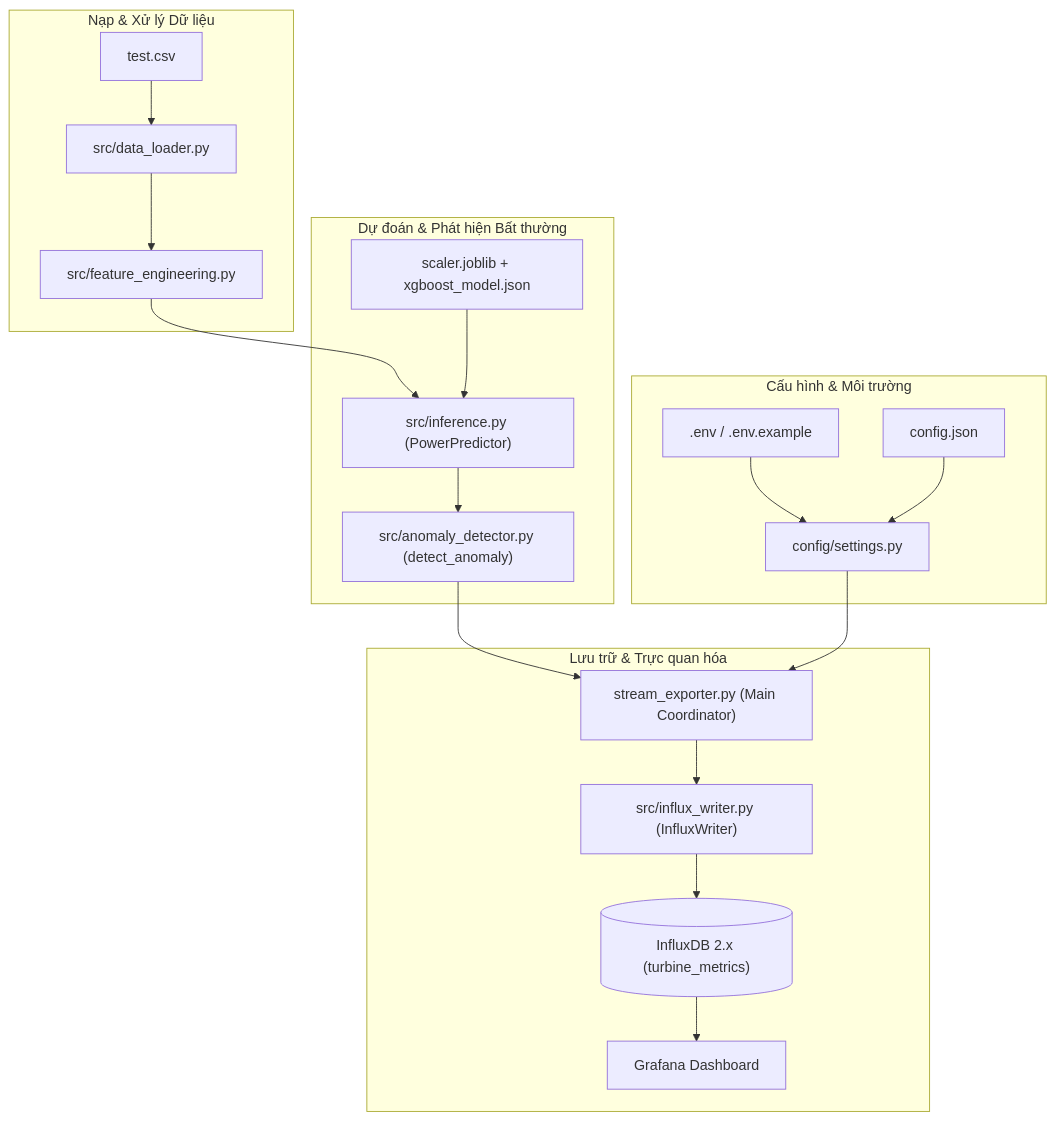
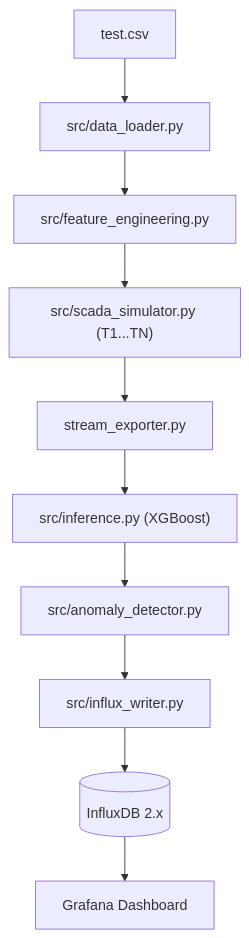
One commit to Huypham30d/SCDA_Edge changed the diagram in README.md. Above: the diagram before and after it, drawn with Mermaid. The commit also changed other lines of this file and 11 other files, not shown here.

Commit message:
feat: add multi-turbine SCADA simulator

````diff
--- a/README.md
+++ b/README.md
@@ -28,41 +48,12 @@
 ```mermaid
 flowchart TD
-    subgraph ConfigLayer [Cấu hình & Môi trường]
-        ENV[".env / .env.example"]
-        CFG["config.json"]
-        SETTINGS["config/settings.py"]
-        ENV --> SETTINGS
-        CFG --> SETTINGS
-    end
-
-    subgraph IngestionLayer [Nạp & Xử lý Dữ liệu]
-        CSV["test.csv"]
-        LOADER["src/data_loader.py"]
-        FEAT["src/feature_engineering.py"]
-        CSV --> LOADER
-        LOADER --> FEAT
-    end
-
-    subgraph InferenceLayer [Dự đoán & Phát hiện Bất thường]
-        MODEL_FILES["scaler.joblib + xgboost_model.json"]
-        INFER["src/inference.py (PowerPredictor)"]
-        DETECTOR["src/anomaly_detector.py (detect_anomaly)"]
-        FEAT --> INFER
-        MODEL_FILES --> INFER
-        INFER --> DETECTOR
-    end
-
-    subgraph ExportLayer [Lưu trữ & Trực quan hóa]
-        EXPORTER["stream_exporter.py (Main Coordinator)"]
-        WRITER["src/influx_writer.py (InfluxWriter)"]
-        INFLUX[("InfluxDB 2.x (turbine_metrics)")]
-        GRAFANA["Grafana Dashboard"]
-        
-        DETECTOR --> EXPORTER
-        EXPORTER --> WRITER
-        WRITER --> INFLUX
-        INFLUX --> GRAFANA
-    end
-
-    SETTINGS --> EXPORTER
+    CSV["test.csv"] --> LOADER["src/data_loader.py"]
+    LOADER --> FEAT["src/feature_engineering.py"]
+    FEAT --> SIM["src/scada_simulator.py (T1...TN)"]
+    SIM --> EXPORTER["stream_exporter.py"]
+    EXPORTER --> INFER["src/inference.py (XGBoost)"]
+    INFER --> DETECTOR["src/anomaly_detector.py"]
+    DETECTOR --> WRITER["src/influx_writer.py"]
+    WRITER --> INFLUX[("InfluxDB 2.x")]
+    INFLUX --> GRAFANA["Grafana Dashboard"]
 ```
````
